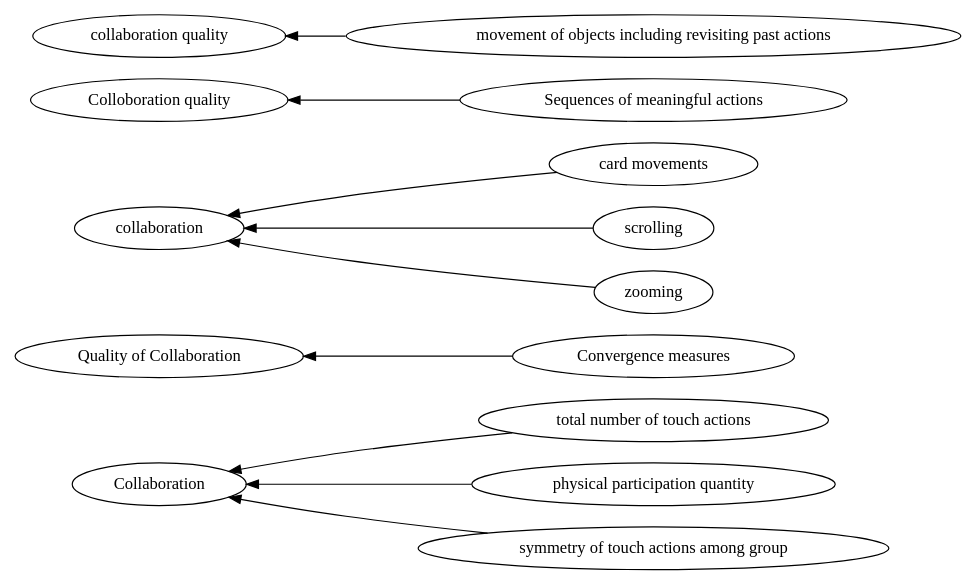
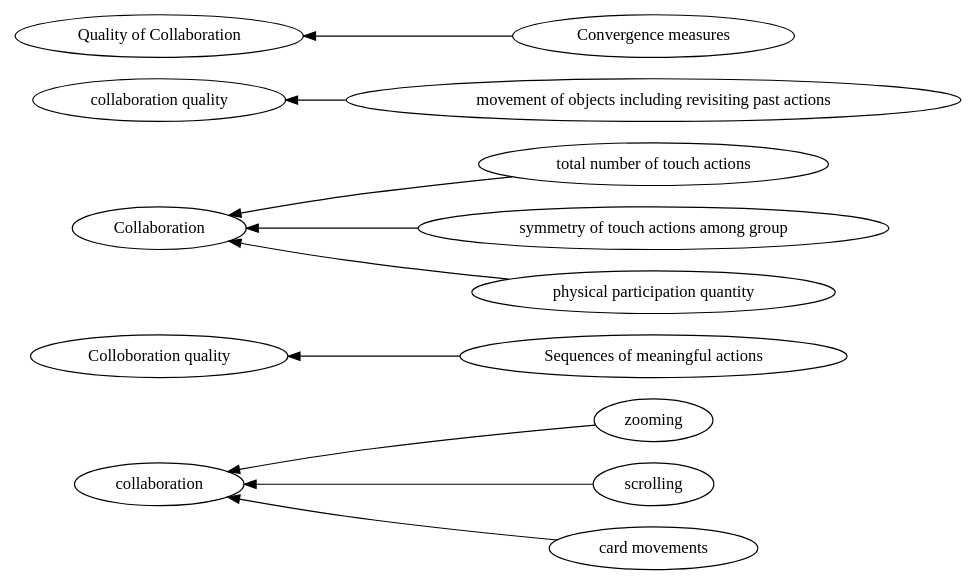
Before and after one commit to hgse-schneider/mmca: the diagram in graphviz/Log Data -> communication.gv, drawn with Graphviz. The commit also changed 46 other files, not shown here.

```diff
--- a/graphviz/Log Data -> communication.gv
+++ b/graphviz/Log Data -> communication.gv
@@ -1,26 +1,26 @@
 digraph Test {
 	rankdir=RL
 	size="10,10"
 	overlap=false
 	splines=true
-	{rank=same; "total number of touch actions" "physical participation quantity" "Convergence measures" "card movements" "symmetry of touch actions among group" "scrolling" "Sequences of meaningful actions" "zooming" "movement of objects including revisiting past actions";}
-	{rank=same; "Quality of Collaboration" "Colloboration quality" "collaboration" "collaboration quality" "Collaboration";}
-	"physical participation quantity" [href="https://scholar.google.com/scholar?hl=en&q=Modelling%20and%20Identifying%20Collaborative%20Situations%20in%20a%20Collocated%20Multi-display%20Groupware%20Setting"]
+	{rank=same; "zooming" "Sequences of meaningful actions" "scrolling" "total number of touch actions" "card movements" "movement of objects including revisiting past actions" "symmetry of touch actions among group" "physical participation quantity" "Convergence measures";}
+	{rank=same; "Collaboration" "Quality of Collaboration" "collaboration" "collaboration quality" "Colloboration quality";}
+	"physical participation quantity" [href="https://scholar.google.com/scholar?hl=en&q=Modelling%20and%20Identifying%20Collaborative%20Situations%20in%20a%20Collocated%20Multi-display%20Groupware%20Setting" target=_blank]
 	"physical participation quantity" -> Collaboration
-	"Convergence measures" [href="https://scholar.google.com/scholar?hl=en&q=The%20Effect%20of%20Mutual%20Gaze%20Perception%20on%20Students’%20Verbal%20Coordination"]
+	"Convergence measures" [href="https://scholar.google.com/scholar?hl=en&q=The%20Effect%20of%20Mutual%20Gaze%20Perception%20on%20Students’%20Verbal%20Coordination" target=_blank]
 	"Convergence measures" -> "Quality of Collaboration"
-	"Sequences of meaningful actions" [href="https://scholar.google.com/scholar?hl=en&q=Capturing%20and%20analyzing%20verbal%20and%20physical%20collaborative%20learning%20interactions%20at%20an%20enriched%20interactive%20tabletop"]
+	"Sequences of meaningful actions" [href="https://scholar.google.com/scholar?hl=en&q=Capturing%20and%20analyzing%20verbal%20and%20physical%20collaborative%20learning%20interactions%20at%20an%20enriched%20interactive%20tabletop" target=_blank]
 	"Sequences of meaningful actions" -> "Colloboration quality"
-	"card movements" [href="https://scholar.google.com/scholar?hl=en&q=High%20Accuracy%20Detection%20of%20Collaboration%20From%20Log%20Data%20and%20Superficial%20Speech%20Features"]
+	"card movements" [href="https://scholar.google.com/scholar?hl=en&q=High%20Accuracy%20Detection%20of%20Collaboration%20From%20Log%20Data%20and%20Superficial%20Speech%20Features" target=_blank]
 	"card movements" -> collaboration
-	scrolling [href="https://scholar.google.com/scholar?hl=en&q=High%20Accuracy%20Detection%20of%20Collaboration%20From%20Log%20Data%20and%20Superficial%20Speech%20Features"]
+	scrolling [href="https://scholar.google.com/scholar?hl=en&q=High%20Accuracy%20Detection%20of%20Collaboration%20From%20Log%20Data%20and%20Superficial%20Speech%20Features" target=_blank]
 	scrolling -> collaboration
-	zooming [href="https://scholar.google.com/scholar?hl=en&q=High%20Accuracy%20Detection%20of%20Collaboration%20From%20Log%20Data%20and%20Superficial%20Speech%20Features"]
+	zooming [href="https://scholar.google.com/scholar?hl=en&q=High%20Accuracy%20Detection%20of%20Collaboration%20From%20Log%20Data%20and%20Superficial%20Speech%20Features" target=_blank]
 	zooming -> collaboration
-	"total number of touch actions" [href="https://scholar.google.com/scholar?hl=en&q=An%20Automatic%20Approach%20for%20Mining%20Patterns%20of%20Collaboration%20around%20an%20Interactive%20Tabletop"]
+	"total number of touch actions" [href="https://scholar.google.com/scholar?hl=en&q=An%20Automatic%20Approach%20for%20Mining%20Patterns%20of%20Collaboration%20around%20an%20Interactive%20Tabletop" target=_blank]
 	"total number of touch actions" -> Collaboration
-	"symmetry of touch actions among group" [href="https://scholar.google.com/scholar?hl=en&q=An%20Automatic%20Approach%20for%20Mining%20Patterns%20of%20Collaboration%20around%20an%20Interactive%20Tabletop"]
+	"symmetry of touch actions among group" [href="https://scholar.google.com/scholar?hl=en&q=An%20Automatic%20Approach%20for%20Mining%20Patterns%20of%20Collaboration%20around%20an%20Interactive%20Tabletop" target=_blank]
 	"symmetry of touch actions among group" -> Collaboration
-	"movement of objects including revisiting past actions" [href="https://scholar.google.com/scholar?hl=en&q=Using%20the%20Tablet%20Gestures%20and%20Speech%20of%20Pairs%20of%20Students%20to%20Classify%20Their%20Collaboration"]
+	"movement of objects including revisiting past actions" [href="https://scholar.google.com/scholar?hl=en&q=Using%20the%20Tablet%20Gestures%20and%20Speech%20of%20Pairs%20of%20Students%20to%20Classify%20Their%20Collaboration" target=_blank]
 	"movement of objects including revisiting past actions" -> "collaboration quality"
 }
```
